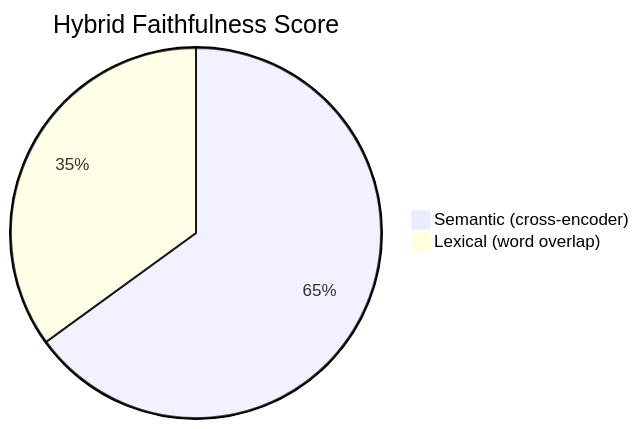
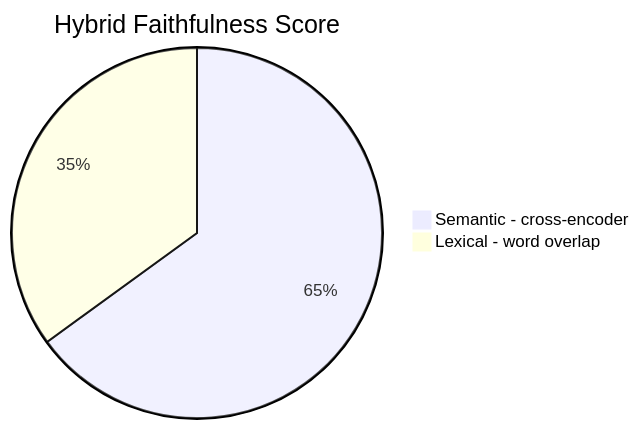
Before and after one commit to yughiyami/rag_medicinal_plants: the fourth of 8 diagrams in README.md, drawn with Mermaid. The commit also changed other lines of this file, not shown here.

Commit message:
fix: use ASCII-only chars in Mermaid diagrams for GitHub rendering

````diff
--- a/README.md
+++ b/README.md
@@ -160,5 +144,5 @@
 ```mermaid
 pie title Hybrid Faithfulness Score
-    "Semantic (cross-encoder)" : 65
-    "Lexical (word overlap)" : 35
+    "Semantic - cross-encoder" : 65
+    "Lexical - word overlap" : 35
 ```
````
